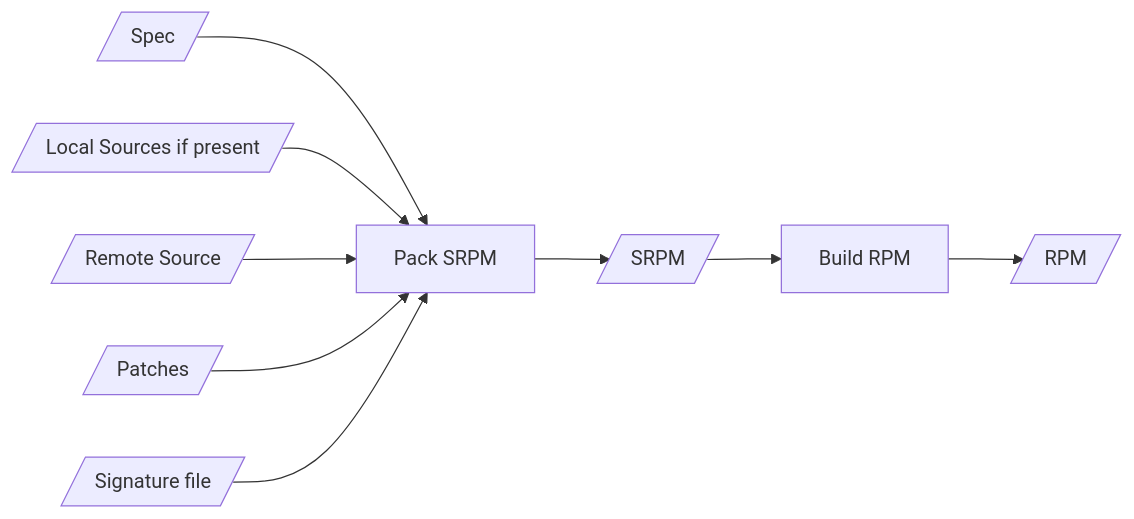
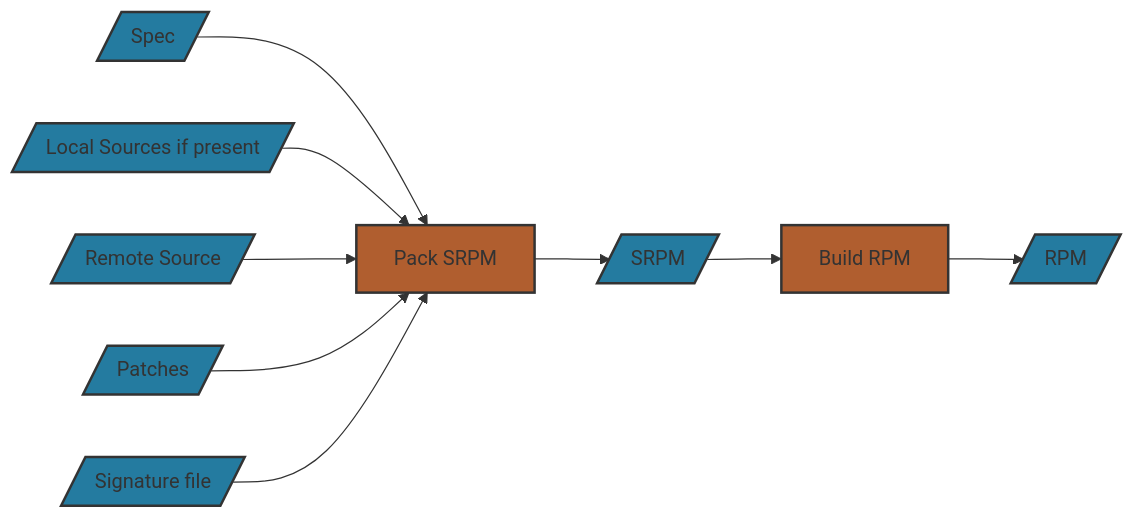
The second of 6 diagrams in toolkit/docs/how_it_works/0_intro.md (microsoft/azurelinux), drawn with Mermaid before and after one commit. The commit also changed other lines of this file, not shown here.

````diff
--- a/toolkit/docs/how_it_works/0_intro.md
+++ b/toolkit/docs/how_it_works/0_intro.md
@@ -22,21 +31,30 @@
 ```mermaid
 flowchart LR
-    spec[/Spec/]
-    localSourceTar[/Local Sources if present/]
-    sigFile[/Signature file/]
-    remoteSourceTar[/Remote Source/]
-    patches[/Patches/]
-    pack[Pack SRPM]
-    srpm[/SRPM/]
-    buildRPM[Build RPM]
-    rpm[/RPM/]
+    %% style definitions
+    classDef io fill:#247BA0,stroke:#333,stroke-width:2px;
+    classDef process fill:#B05E2F,stroke:#333,stroke-width:2px;
+    classDef decision fill:#51344D,stroke:#333,stroke-width:2px;
+    classDef goodState fill:#566E40,stroke:#333,stroke-width:2px;
+    classDef badState fill:#BC4B51,stroke:#333,stroke-width:2px;
 
+    %% node definitions
+    spec[/Spec/]:::io
+    localSourceTar[/Local Sources if present/]:::io
+    sigFile[/Signature file/]:::io
+    remoteSourceTar[/Remote Source/]:::io
+    patches[/Patches/]:::io
+    pack[Pack SRPM]:::process
+    srpm[/SRPM/]:::io
+    buildRPM[Build RPM]:::process
+    rpm[/RPM/]:::io
+
+    %% node flow
     spec --> pack
     localSourceTar --> pack
     remoteSourceTar --> pack
     patches --> pack
     sigFile --> pack
     pack -->srpm 
     srpm --> buildRPM
     buildRPM --> rpm
 ```
````
